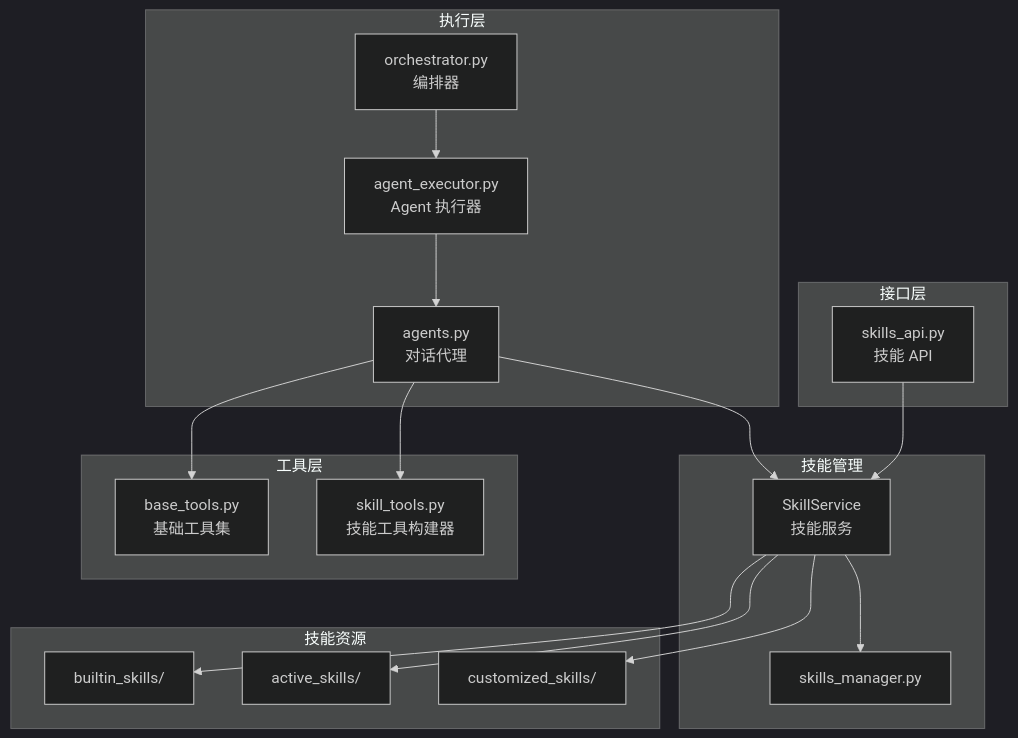
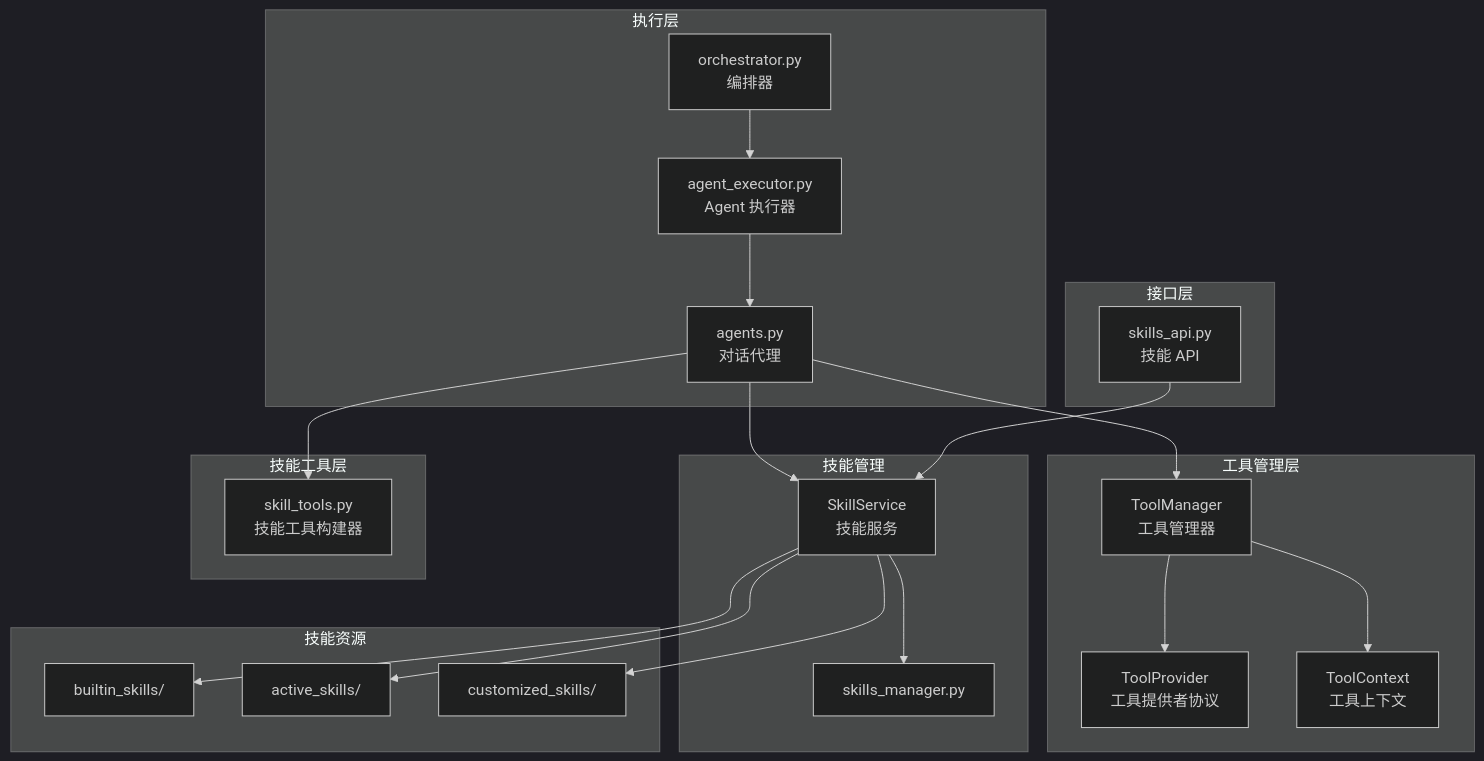
One commit to KunLabAI/KunFlix changed the first of 9 diagrams in .qoder/repowiki/zh/content/后端服务架构/业务服务层/智能体执行服务/技能工具系统.md. Above: the diagram before and after it, drawn with Mermaid (dark theme). The commit also changed other lines of this file and 15 other files, not shown here.

First line of the commit message:
feat(tool-manager): 重构技能工具系统引入统一工具管理器架构

````diff
--- a/.qoder/repowiki/zh/content/后端服务架构/业务服务层/智能体执行服务/技能工具系统.md
+++ b/.qoder/repowiki/zh/content/后端服务架构/业务服务层/智能体执行服务/技能工具系统.md
@@ -42,34 +55,40 @@
 ```mermaid
 graph TB
+subgraph "工具管理层"
+TM["ToolManager<br/>工具管理器"]
+TP["ToolProvider<br/>工具提供者协议"]
+TC["ToolContext<br/>工具上下文"]
+end
 subgraph "技能管理"
 SM["SkillService<br/>技能服务"]
 SMD["skills_manager.py"]
 end
-subgraph "工具层"
-BT["base_tools.py<br/>基础工具集"]
+subgraph "技能工具层"
 ST["skill_tools.py<br/>技能工具构建器"]
 end
 subgraph "执行层"
 AE["agent_executor.py<br/>Agent 执行器"]
 AG["agents.py<br/>对话代理"]
 ORCH["orchestrator.py<br/>编排器"]
 end
 subgraph "接口层"
 API["skills_api.py<br/>技能 API"]
 end
 subgraph "技能资源"
 BUILTIN["builtin_skills/<skill>"]
 ACTIVE["active_skills/<skill>"]
 CUSTOM["customized_skills/<skill>"]
 end
 API --> SM
 SM --> SMD
+AG --> TM
+TM --> TP
+TM --> TC
 AG --> SM
-AG --> BT
 AG --> ST
 AE --> AG
 ORCH --> AE
 SM --> BUILTIN
 SM --> ACTIVE
 SM --> CUSTOM
 ```
````
